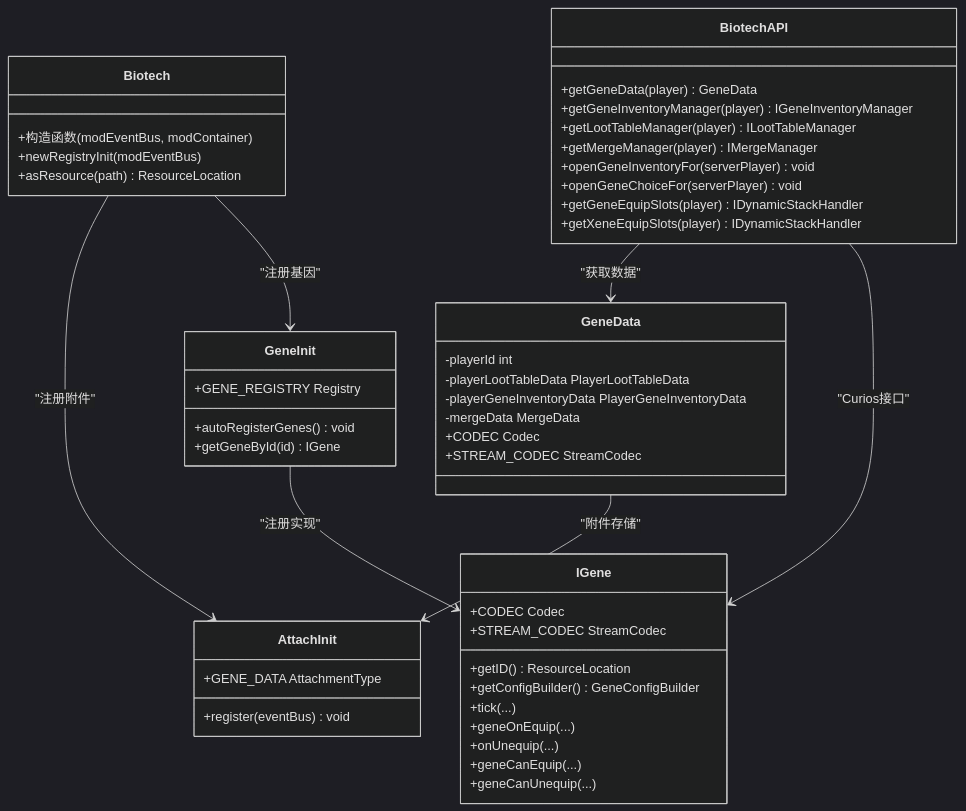
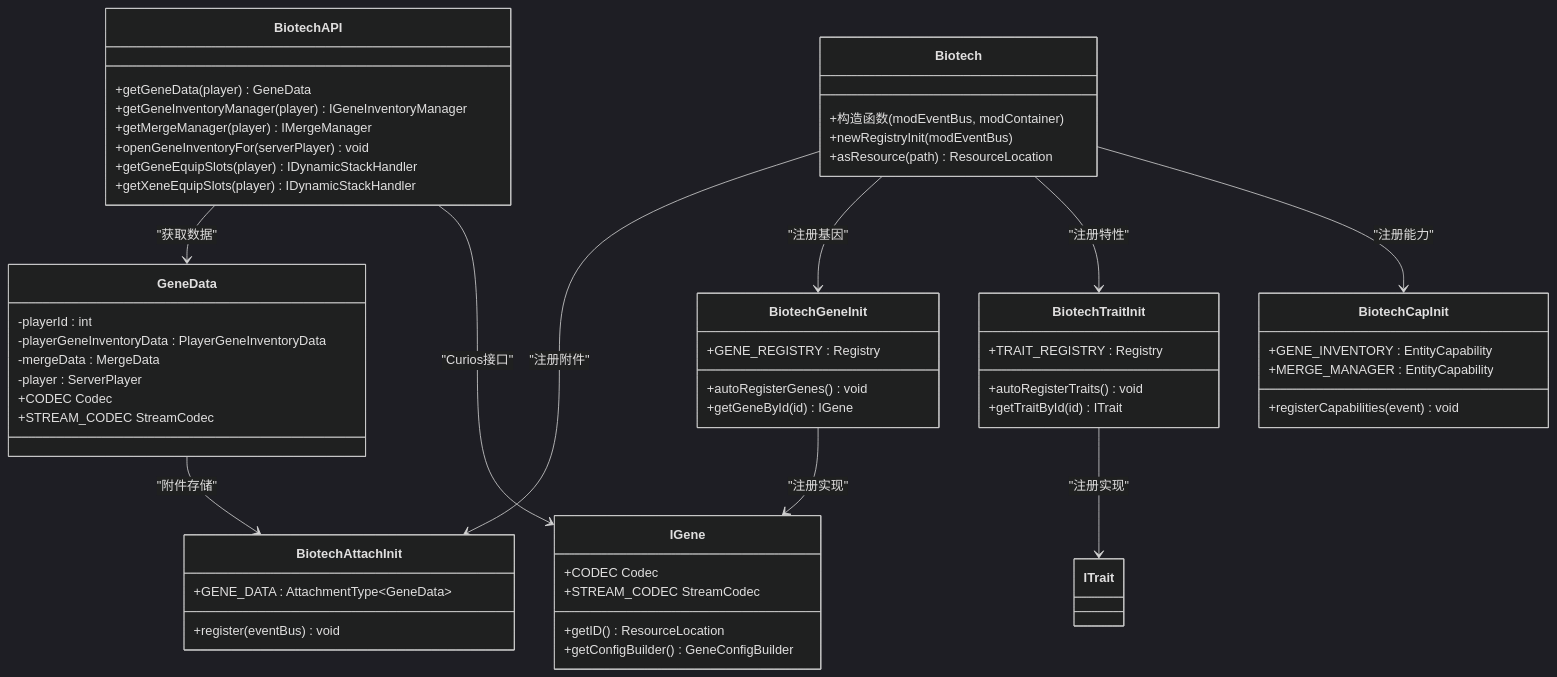
One commit to Ver-shift/SubModulesGeneHunter changed the second of 10 diagrams in .qoder/repowiki/zh/content/模块架构/Biotech基因科技模块/Biotech基因科技模块.md. Above: the diagram before and after it, drawn with Mermaid (dark theme). The commit also changed other lines of this file and 42 other files, not shown here.

````diff
--- a/.qoder/repowiki/zh/content/模块架构/Biotech基因科技模块/Biotech基因科技模块.md
+++ b/.qoder/repowiki/zh/content/模块架构/Biotech基因科技模块/Biotech基因科技模块.md
@@ -100,52 +120,58 @@
 ```mermaid
 classDiagram
 class Biotech {
 +构造函数(modEventBus, modContainer)
 +newRegistryInit(modEventBus)
 +asResource(path) ResourceLocation
 }
 class BiotechAPI {
 +getGeneData(player) GeneData
 +getGeneInventoryManager(player) IGeneInventoryManager
-+getLootTableManager(player) ILootTableManager
 +getMergeManager(player) IMergeManager
 +openGeneInventoryFor(serverPlayer) void
-+openGeneChoiceFor(serverPlayer) void
 +getGeneEquipSlots(player) IDynamicStackHandler
 +getXeneEquipSlots(player) IDynamicStackHandler
 }
 class GeneData {
--playerId int
--playerLootTableData PlayerLootTableData
--playerGeneInventoryData PlayerGeneInventoryData
--mergeData MergeData
+-playerId : int
+-playerGeneInventoryData : PlayerGeneInventoryData
+-mergeData : MergeData
+-player : ServerPlayer
 +CODEC Codec
 +STREAM_CODEC StreamCodec
 }
-class AttachInit {
-+GENE_DATA AttachmentType
+class BiotechAttachInit {
++GENE_DATA : AttachmentType~GeneData~
 +register(eventBus) void
 }
-class GeneInit {
-+GENE_REGISTRY Registry
+class BiotechGeneInit {
++GENE_REGISTRY : Registry
 +autoRegisterGenes() void
 +getGeneById(id) IGene
+}
+class BiotechTraitInit {
++TRAIT_REGISTRY : Registry
++autoRegisterTraits() void
++getTraitById(id) ITrait
 }
 class IGene {
 +getID() ResourceLocation
 +getConfigBuilder() GeneConfigBuilder
-+tick(...)
-+geneOnEquip(...)
-+onUnequip(...)
-+geneCanEquip(...)
-+geneCanUnequip(...)
 +CODEC Codec
 +STREAM_CODEC StreamCodec
 }
-Biotech --> AttachInit : "注册附件"
-Biotech --> GeneInit : "注册基因"
+class BiotechCapInit {
++GENE_INVENTORY : EntityCapability
++MERGE_MANAGER : EntityCapability
++registerCapabilities(event) void
+}
+Biotech --> BiotechAttachInit : "注册附件"
+Biotech --> BiotechGeneInit : "注册基因"
+Biotech --> BiotechTraitInit : "注册特性"
+Biotech --> BiotechCapInit : "注册能力"
 BiotechAPI --> GeneData : "获取数据"
 BiotechAPI --> IGene : "Curios接口"
-GeneData --> AttachInit : "附件存储"
-GeneInit --> IGene : "注册实现"
+GeneData --> BiotechAttachInit : "附件存储"
+BiotechGeneInit --> IGene : "注册实现"
+BiotechTraitInit --> ITrait : "注册实现"
 ```
````
